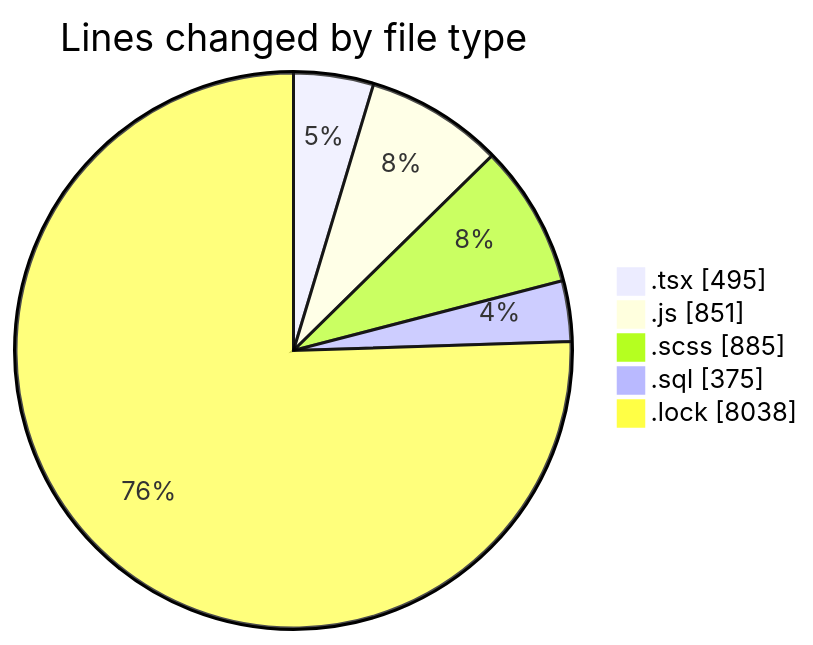
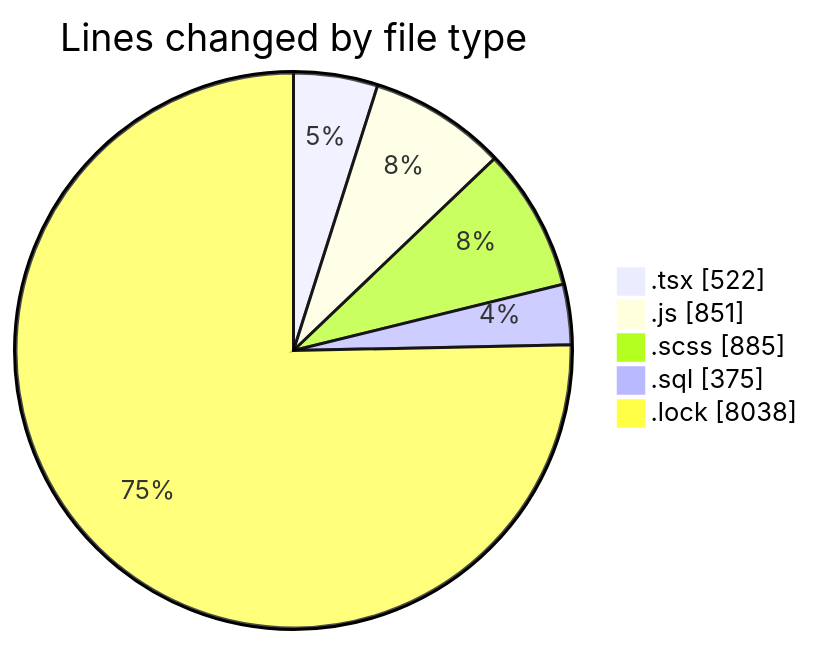
One commit to momahboobian/code-tracking changed the first of 2 diagrams in 2025-03-18/cda/README.md. Above: the diagram before and after it, drawn with Mermaid. The commit also changed other lines of this file and 1 other file, not shown here.

````diff
--- a/2025-03-18/cda/README.md
+++ b/2025-03-18/cda/README.md
@@ -30,9 +30,9 @@
 ```mermaid
 pie showData
 title Lines changed by file type
-".tsx" : 495
+".tsx" : 522
 ".js" : 851
 ".scss" : 885
 ".sql" : 375
 ".lock" : 8038
 ```
````
